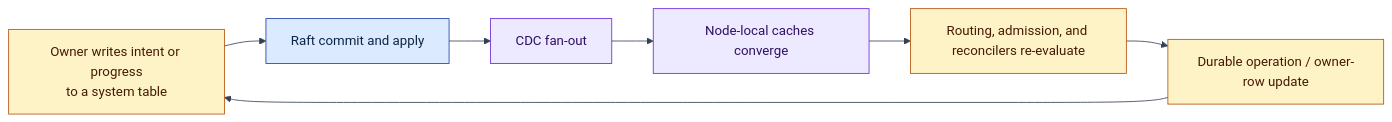
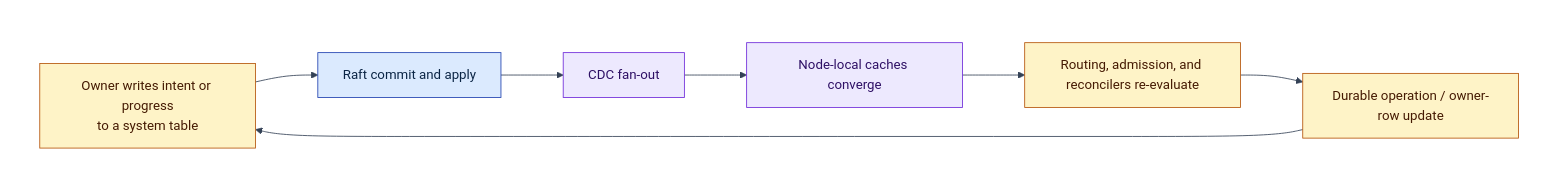
Before and after one commit to psvensson/lagrange: the ninth of 9 diagrams in architecture/system-model.md, drawn with Mermaid. The commit also changed other lines of this file and 3 other files, not shown here.

Commit message:
Draw explicit white Mermaid canvases

````diff
--- a/architecture/system-model.md
+++ b/architecture/system-model.md
@@ -356,14 +386,18 @@
 ```mermaid
-%%{init: {'theme':'base','darkMode':false,'themeCSS':'svg { background-color: #ffffff !important; }','themeVariables':{'background':'#ffffff','clusterBkg':'#ffffff','clusterBorder':'#94a3b8','edgeLabelBackground':'#ffffff','lineColor':'#334155','textColor':'#0f172a'}}}%%
+%%{init: {'theme':'base','darkMode':false,'themeVariables':{'background':'#ffffff','clusterBkg':'#ffffff','clusterBorder':'#94a3b8','edgeLabelBackground':'#ffffff','lineColor':'#334155','textColor':'#0f172a'}}}%%
 flowchart LR
-  INTENT["Owner writes intent or progress<br/>to a system table"]:::ctrl --> RAFT["Raft commit and apply"]:::data
-  RAFT --> CDC["CDC fan-out"]:::move
-  CDC --> CACHE["Node-local caches converge"]:::move
-  CACHE --> DECIDE["Routing, admission, and reconcilers re-evaluate"]:::ctrl
-  DECIDE --> OP["Durable operation / owner-row update"]:::ctrl
-  OP --> INTENT
+  subgraph CANVAS[" "]
+    direction LR
+    INTENT["Owner writes intent or progress<br/>to a system table"]:::ctrl --> RAFT["Raft commit and apply"]:::data
+    RAFT --> CDC["CDC fan-out"]:::move
+    CDC --> CACHE["Node-local caches converge"]:::move
+    CACHE --> DECIDE["Routing, admission, and reconcilers re-evaluate"]:::ctrl
+    DECIDE --> OP["Durable operation / owner-row update"]:::ctrl
+    OP --> INTENT
+  end
 
+  style CANVAS fill:#ffffff,stroke:#ffffff,color:#0f172a
   classDef data fill:#dbeafe,stroke:#1e40af,color:#0b2545
   classDef ctrl fill:#fef3c7,stroke:#b45309,color:#451a03
   classDef move fill:#ede9fe,stroke:#6d28d9,color:#2e1065
 ```
````
